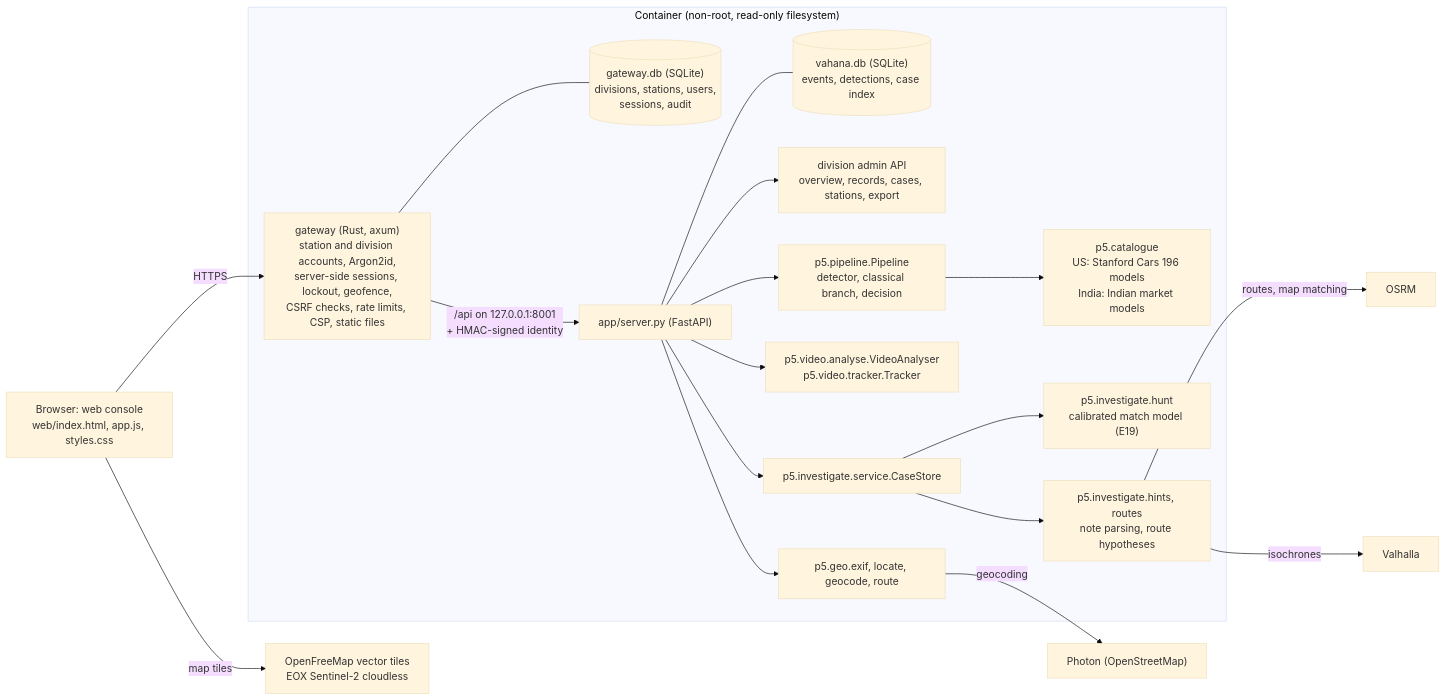
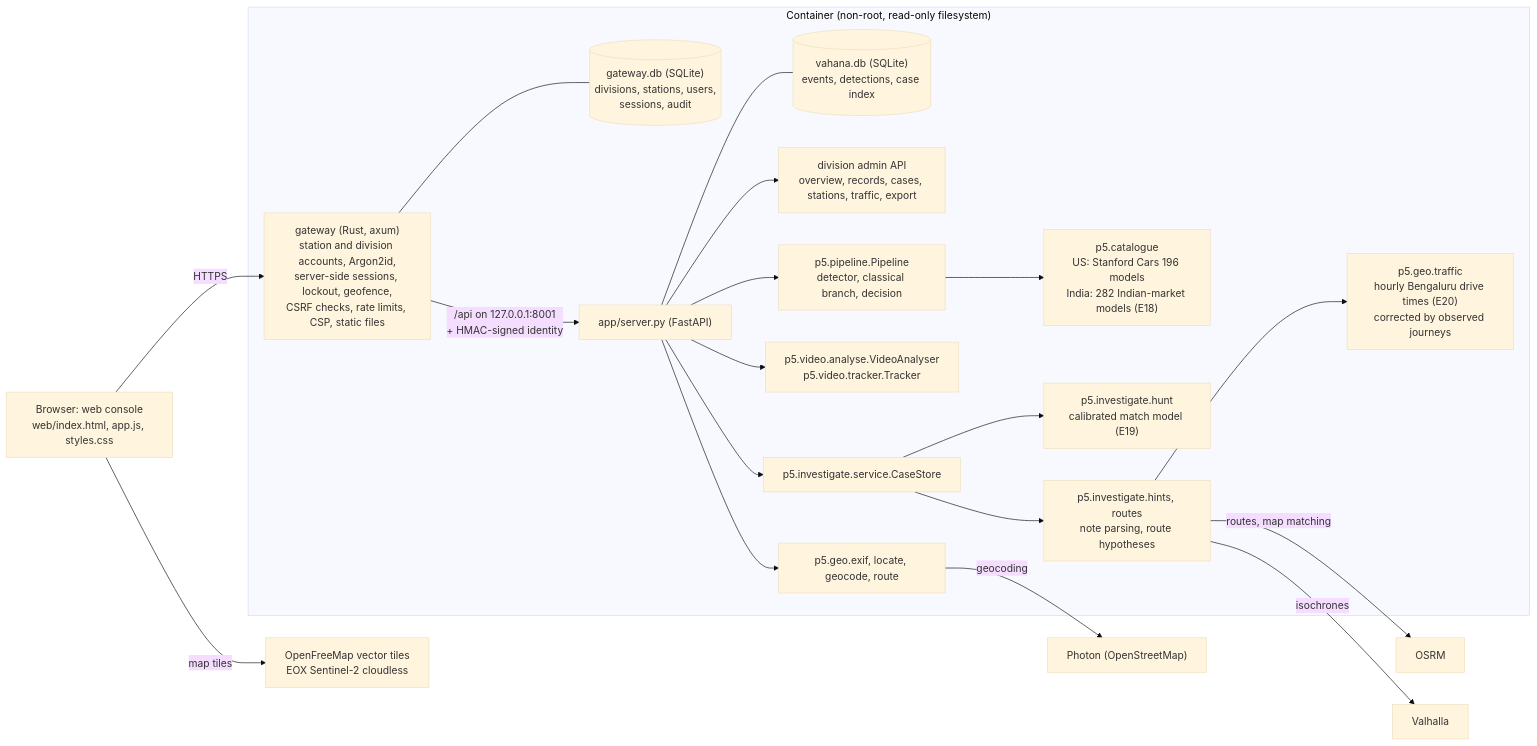
Before and after one commit to kushal-script/CV_Hakcathon_P5: the first of 3 diagrams in docs/architecture.md, drawn with Mermaid (base theme). The commit also changed other lines of this file and 8 other files, not shown here.

First line of the commit message:
Document the Indian catalogue and the Bengaluru travel time calibration

````diff
--- a/docs/architecture.md
+++ b/docs/architecture.md
@@ -11,22 +11,23 @@
 ```mermaid
 flowchart LR
     B["Browser: web console<br/>web/index.html, app.js, styles.css"] -->|"HTTPS"| GW
     B -->|"map tiles"| T["OpenFreeMap vector tiles<br/>EOX Sentinel-2 cloudless"]
     subgraph C["Container (non-root, read-only filesystem)"]
         GW["gateway (Rust, axum)<br/>station and division accounts, Argon2id,<br/>server-side sessions, lockout, geofence,<br/>CSRF checks, rate limits, CSP, static files"]
         GW --- GDB[("gateway.db (SQLite)<br/>divisions, stations, users,<br/>sessions, audit")]
         GW -->|"/api on 127.0.0.1:8001<br/>+ HMAC-signed identity"| API["app/server.py (FastAPI)"]
         API --- VDB[("vahana.db (SQLite)<br/>events, detections, case index")]
-        API --> ADM["division admin API<br/>overview, records, cases, stations, export"]
+        API --> ADM["division admin API<br/>overview, records, cases, stations, traffic, export"]
         API --> PIPE["p5.pipeline.Pipeline<br/>detector, classical branch, decision"]
-        PIPE --> CAT["p5.catalogue<br/>US: Stanford Cars 196 models<br/>India: Indian market models"]
+        PIPE --> CAT["p5.catalogue<br/>US: Stanford Cars 196 models<br/>India: 282 Indian-market models (E18)"]
         API --> VID["p5.video.analyse.VideoAnalyser<br/>p5.video.tracker.Tracker"]
         API --> CASE["p5.investigate.service.CaseStore"]
         CASE --> HUNT["p5.investigate.hunt<br/>calibrated match model (E19)"]
         CASE --> RT["p5.investigate.hints, routes<br/>note parsing, route hypotheses"]
+        RT --> TT["p5.geo.traffic<br/>hourly Bengaluru drive times (E20)<br/>corrected by observed journeys"]
         API --> GEO["p5.geo.exif, locate, geocode, route"]
     end
     GEO -->|"geocoding"| PH["Photon (OpenStreetMap)"]
     RT -->|"routes, map matching"| OS["OSRM"]
     RT -->|"isochrones"| VA["Valhalla"]
 ```
````
